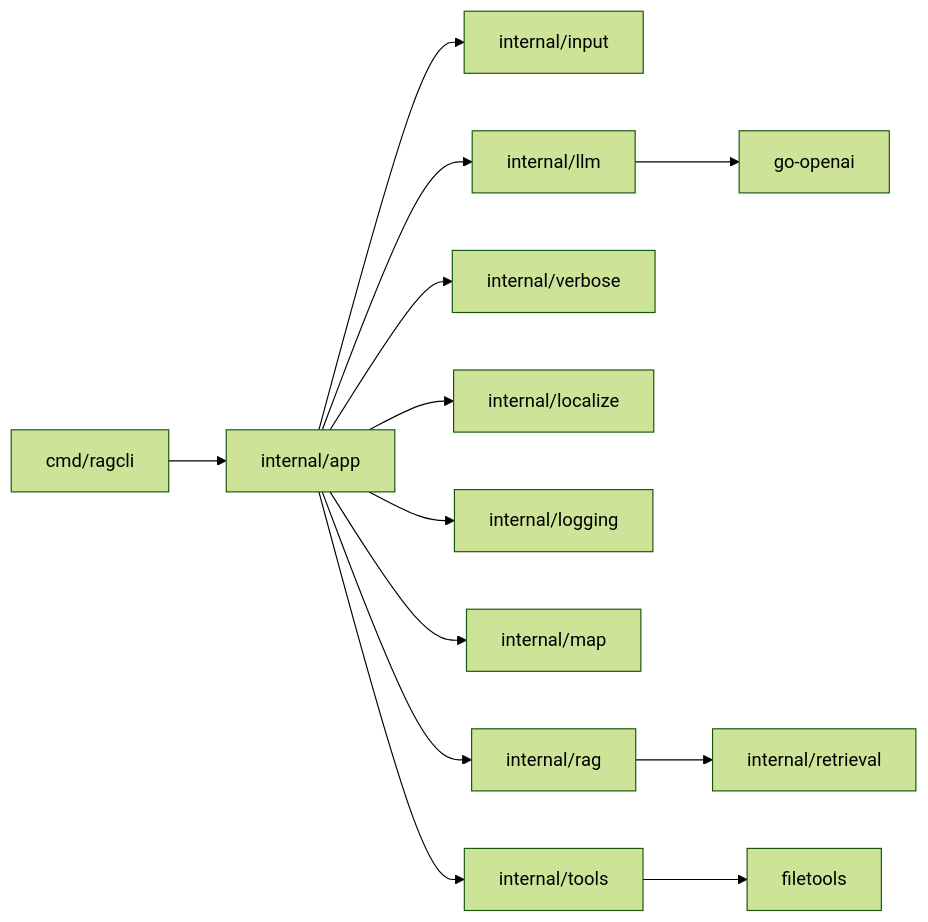
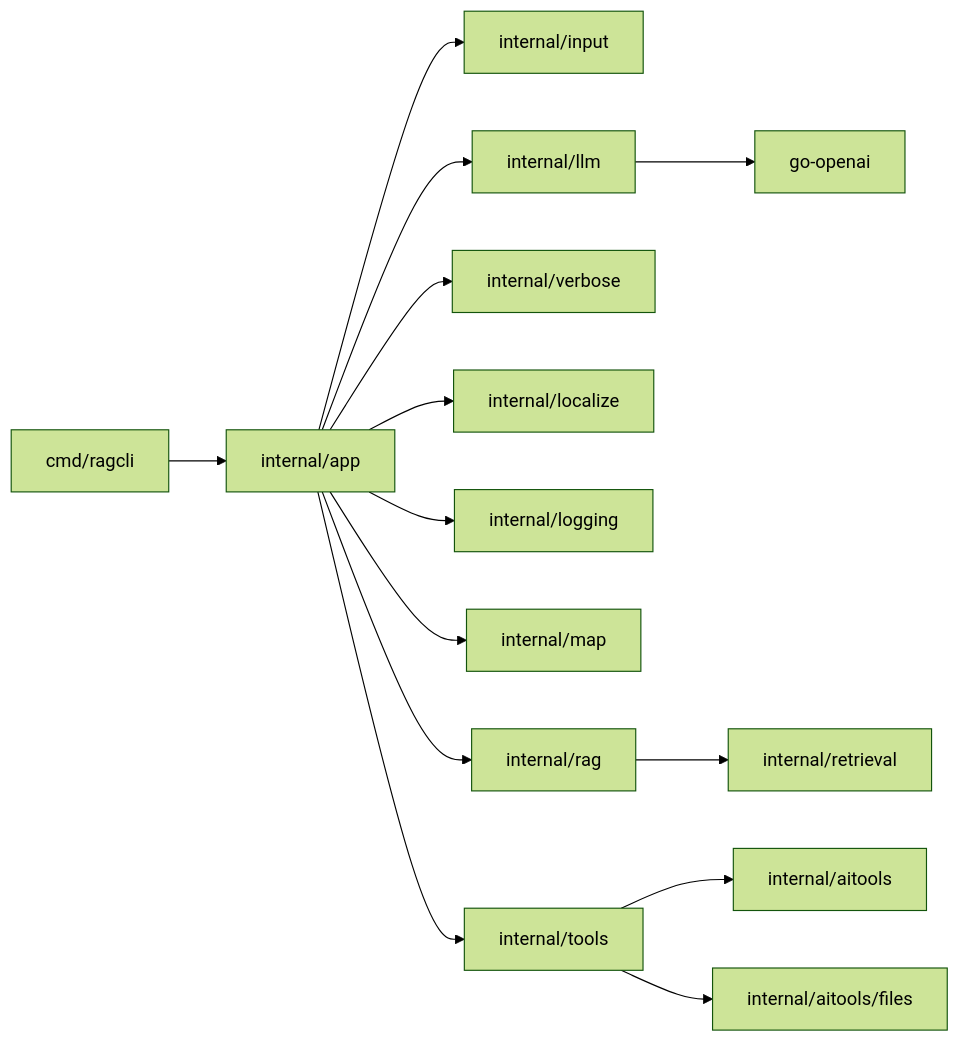
The first of 4 diagrams in doc/architecture.md (borro/ragcli), drawn with Mermaid (forest theme) before and after one commit. The commit also changed other lines of this file and 18 other files, not shown here.

Commit message:
! tools: refactoring filetools and renaming to aitools;

````diff
--- a/doc/architecture.md
+++ b/doc/architecture.md
@@ -16,15 +16,16 @@
 ```mermaid
 flowchart LR
     main["cmd/ragcli"] --> app["internal/app"]
     app --> input["internal/input"]
     app --> llm["internal/llm"]
     app --> verbose["internal/verbose"]
     app --> localize["internal/localize"]
     app --> logging["internal/logging"]
     app --> map["internal/map"]
     app --> rag["internal/rag"]
     app --> tools["internal/tools"]
     rag --> retrieval["internal/retrieval"]
-    tools --> filetools
+    tools --> aitools["internal/aitools"]
+    tools --> aitoolsfiles["internal/aitools/files"]
     llm --> goopenai["go-openai"]
 ```
````
